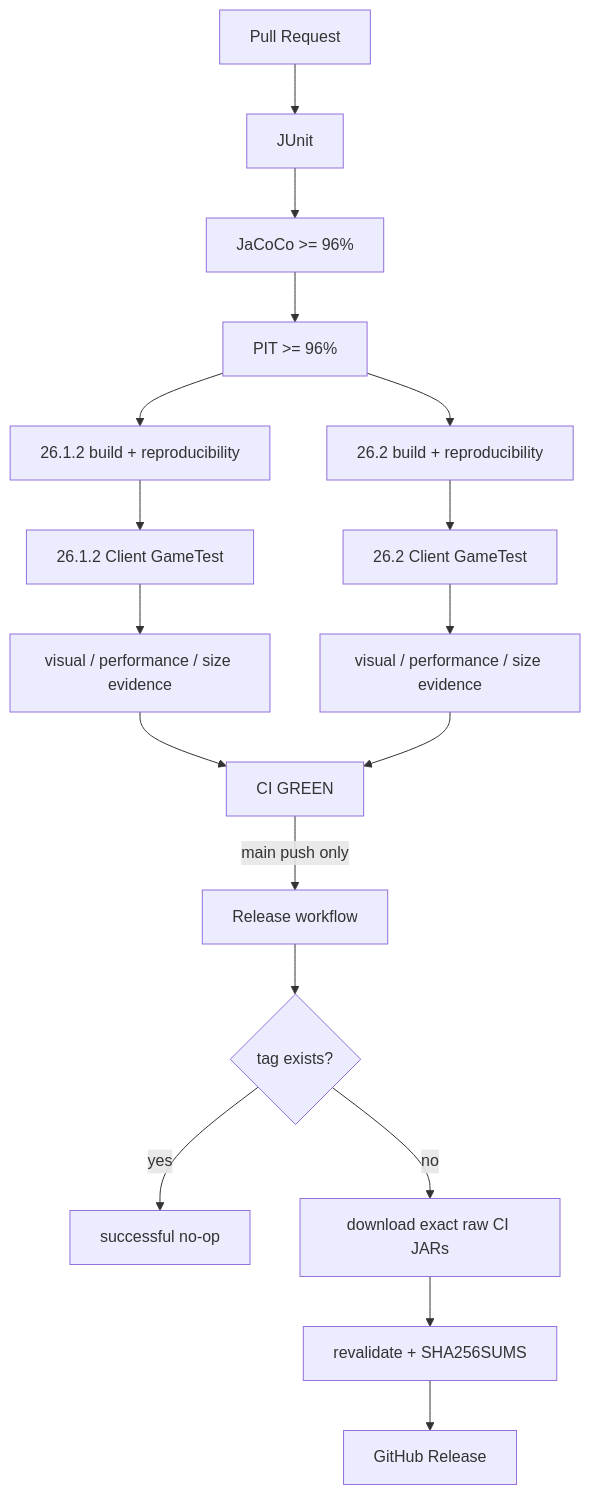
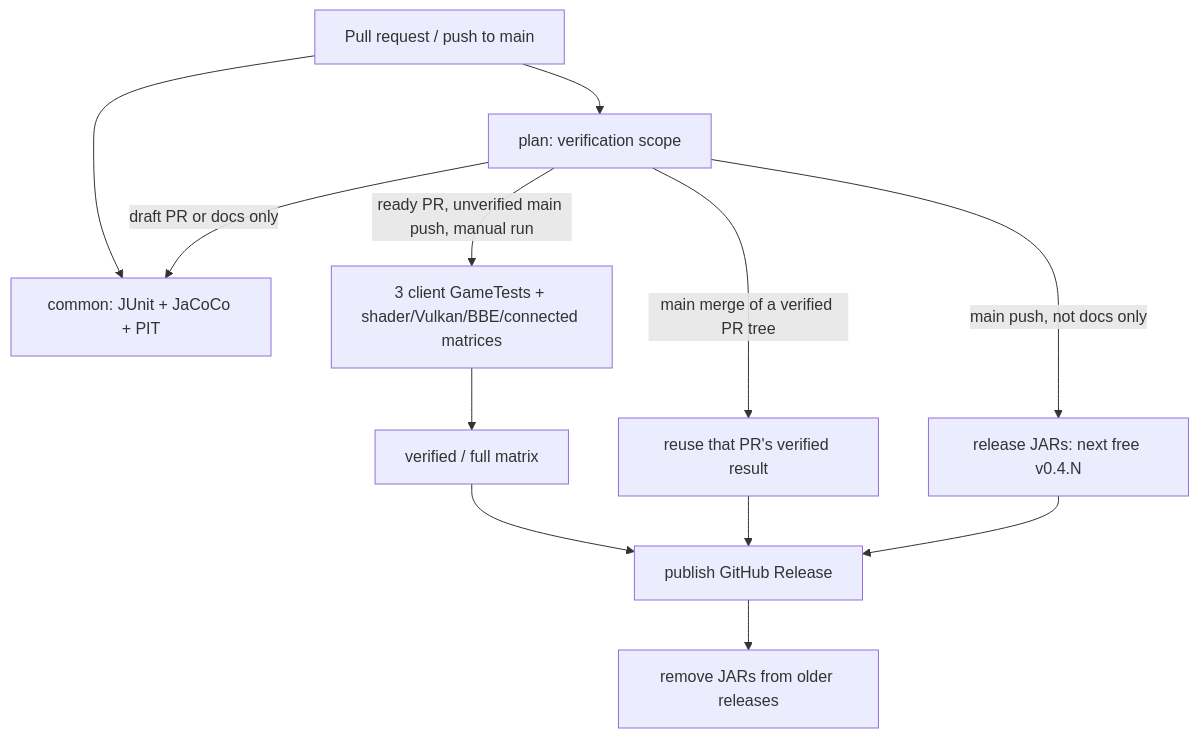
The fifth of 6 diagrams in README.md (bosatsu25/BlockLens), drawn with Mermaid before and after one commit. The commit also changed other lines of this file and 9 other files, not shown here.

First line of the commit message:
Release every verified main merge and stop repeating the client matrix

````diff
--- a/README.md
+++ b/README.md
@@ -306,20 +306,14 @@
 ```mermaid
 flowchart TD
-    PR[Pull Request] --> U[JUnit]
-    U --> J[JaCoCo >= 96%]
-    J --> P[PIT >= 96%]
-    P --> B1[26.1.2 build + reproducibility]
-    P --> B2[26.2 build + reproducibility]
-    B1 --> G1[26.1.2 Client GameTest]
-    B2 --> G2[26.2 Client GameTest]
-    G1 --> A1[visual / performance / size evidence]
-    G2 --> A2[visual / performance / size evidence]
-    A1 --> GREEN[CI GREEN]
-    A2 --> GREEN
-    GREEN -->|main push only| REL[Release workflow]
-    REL --> VER{tag exists?}
-    VER -- yes --> STOP[successful no-op]
-    VER -- no --> RAW[download exact raw CI JARs]
-    RAW --> SHA[revalidate + SHA256SUMS]
-    SHA --> PUB[GitHub Release]
+    EV[Pull request / push to main] --> PLAN[plan: verification scope]
+    EV --> Q[common: JUnit + JaCoCo + PIT]
+    PLAN -->|draft PR or docs only| Q
+    PLAN -->|ready PR, unverified main push, manual run| FULL[3 client GameTests + shader/Vulkan/BBE/connected matrices]
+    FULL --> VER[verified / full matrix]
+    PLAN -->|main merge of a verified PR tree| REUSE[reuse that PR's verified result]
+    PLAN -->|main push, not docs only| RB[release JARs: next free v0.4.N]
+    VER --> REL[publish GitHub Release]
+    REUSE --> REL
+    RB --> REL
+    REL --> CLEAN[remove JARs from older releases]
 ```
````
